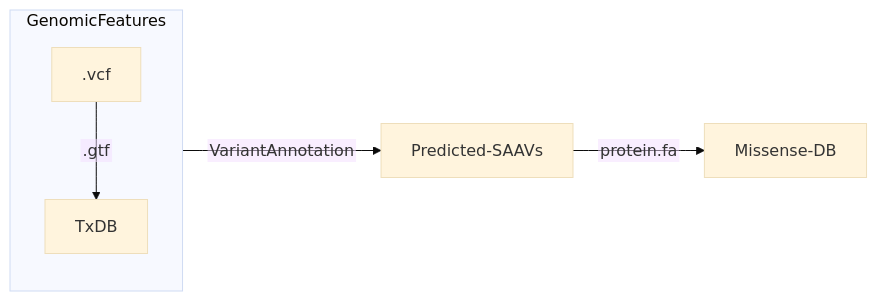
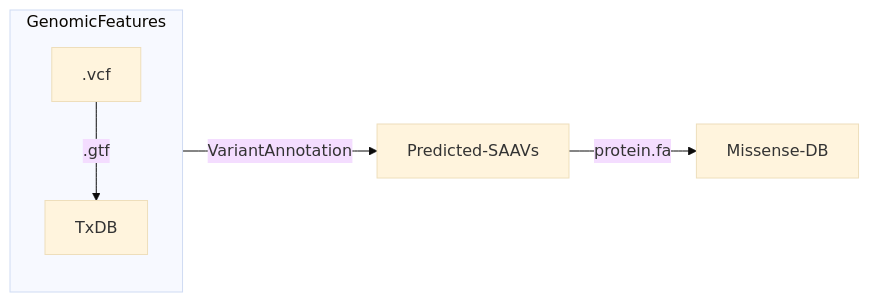
One commit to hdesai17/chemoproteogenomics changed the diagram in README.md. Above: the diagram before and after it, drawn with Mermaid (base theme).

````diff
--- a/README.md
+++ b/README.md
@@ -19,11 +19,11 @@
 ```mermaid
-%%{init: {"flowchart": {"htmlLabels": false}} }%%
+
 flowchart LR;
    subgraph GenomicFeatures
    .vcf-->|.gtf|TxDB
    end
    GenomicFeatures-->|VariantAnnotation|Predicted-SAAVs
    Predicted-SAAVs-->|protein.fa|Missense-DB;
  
 
 ```
````
